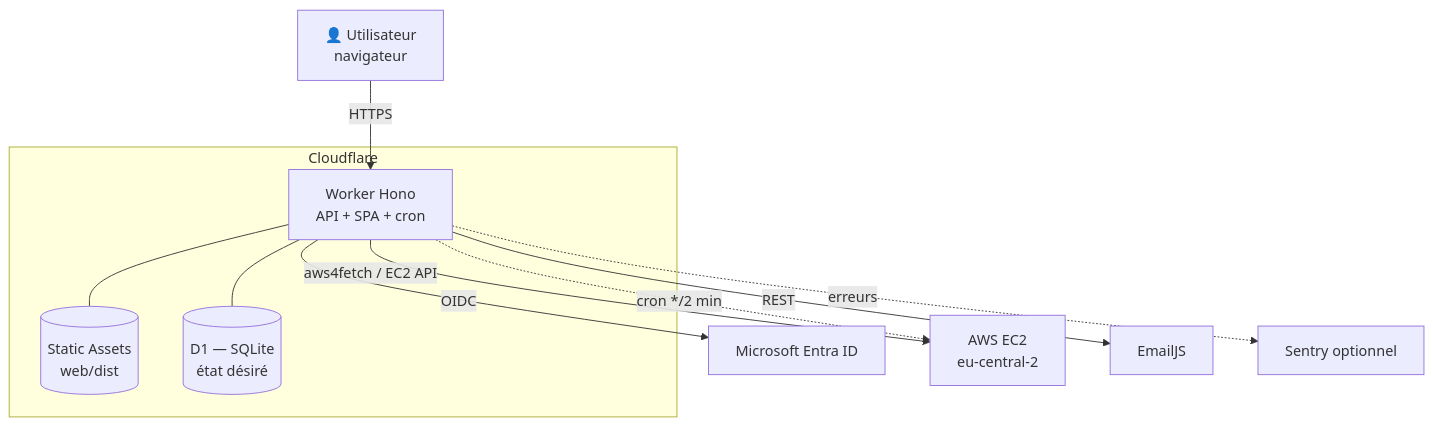
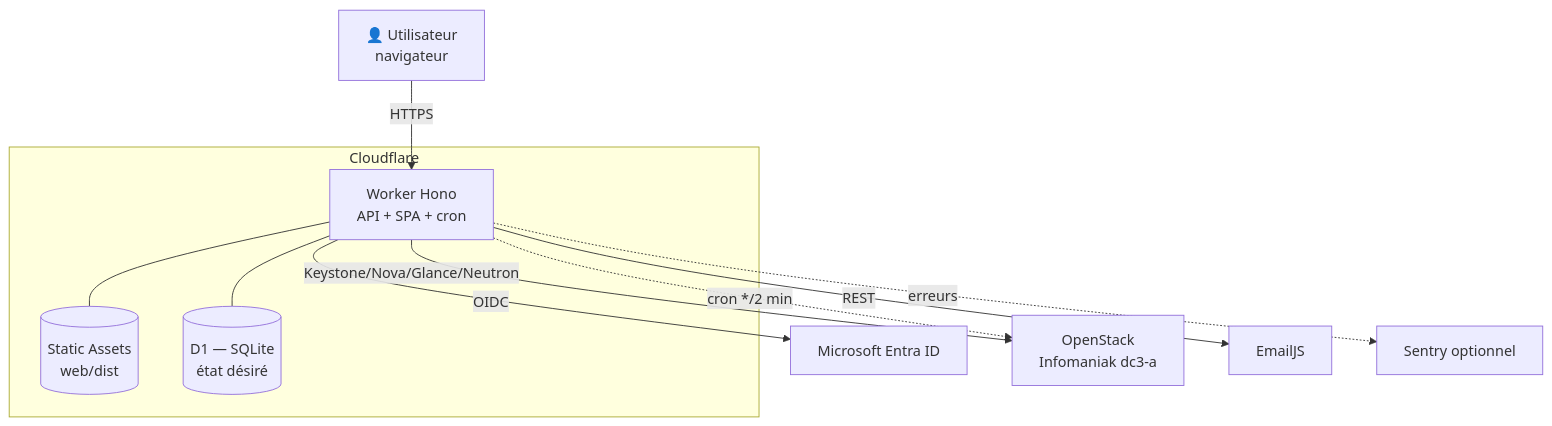
The first of 5 diagrams in docs/ARCHITECTURE.md (Thomas-TP/GIT-VM-OpenStack), drawn with Mermaid before and after one commit. The commit also changed other lines of this file and 23 other files, not shown here.

First line of the commit message:
docs+scripts: adapt docs and helper scripts to OpenStack

````diff
--- a/docs/ARCHITECTURE.md
+++ b/docs/ARCHITECTURE.md
@@ -15,19 +15,19 @@
 ```mermaid
 flowchart TB
     U[👤 Utilisateur<br/>navigateur] -->|HTTPS| W
 
     subgraph CF[Cloudflare]
         W[Worker Hono<br/>API + SPA + cron]
         A[(Static Assets<br/>web/dist)]
         D[(D1 — SQLite<br/>état désiré)]
         W --- A
         W --- D
     end
 
     W -->|OIDC| E[Microsoft Entra ID]
-    W -->|aws4fetch / EC2 API| AWS[AWS EC2<br/>eu-central-2]
+    W -->|Keystone/Nova/Glance/Neutron| OS[OpenStack<br/>Infomaniak dc3-a]
     W -->|REST| M[EmailJS]
     W -.->|erreurs| S[Sentry optionnel]
 
-    W -. cron */2 min .-> AWS
+    W -. cron */2 min .-> OS
 ```
````
